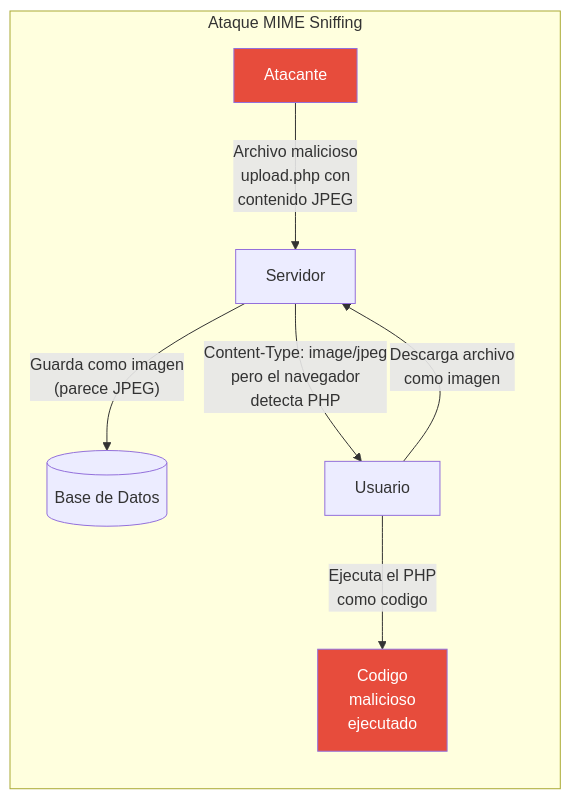
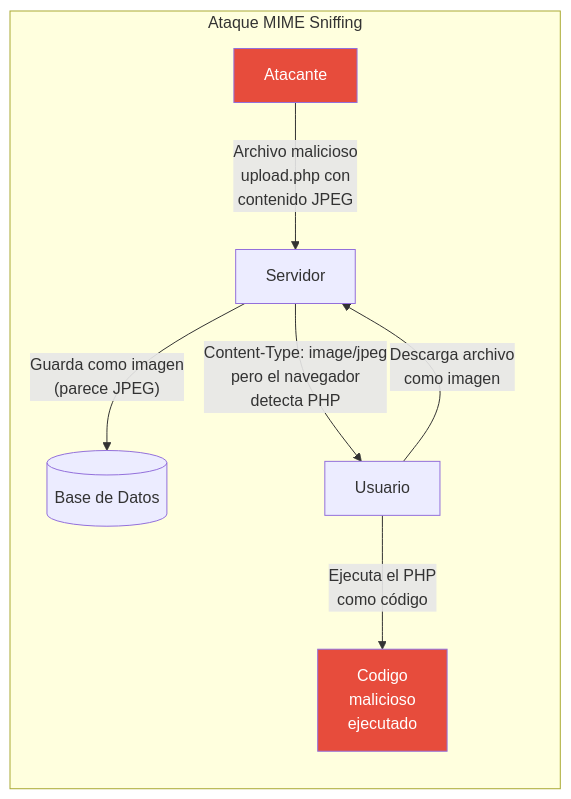
The tenth of 16 diagrams in doc/27-seguridad-http.md (joseluisgs/TiendaDawApi-NetCore), drawn with Mermaid before and after one commit. The commit also changed other lines of this file, not shown here.

````diff
--- a/doc/27-seguridad-http.md
+++ b/doc/27-seguridad-http.md
@@ -404,13 +404,13 @@
 ```mermaid
 flowchart LR
     subgraph "Ataque MIME Sniffing"
         Atacante["Atacante"] -->|"Archivo malicioso<br/>upload.php con<br/>contenido JPEG"| Servidor["Servidor"]
         Servidor -->|"Guarda como imagen<br/>(parece JPEG)"| BD[(Base de Datos)]
         Usuario["Usuario"] -->|"Descarga archivo<br/>como imagen"| Servidor
         Servidor -->|"Content-Type: image/jpeg<br/>pero el navegador<br/>detecta PHP"| Usuario
-        Usuario -->|"Ejecuta el PHP<br/>como codigo"| Peligro["Codigo<br/>malicioso<br/>ejecutado"]
+        Usuario -->|"Ejecuta el PHP<br/>como código"| Peligro["Codigo<br/>malicioso<br/>ejecutado"]
     end
     
     style Atacante fill:#e74c3c,color:#fff
     style Peligro fill:#e74c3c,color:#fff
 ```
````
